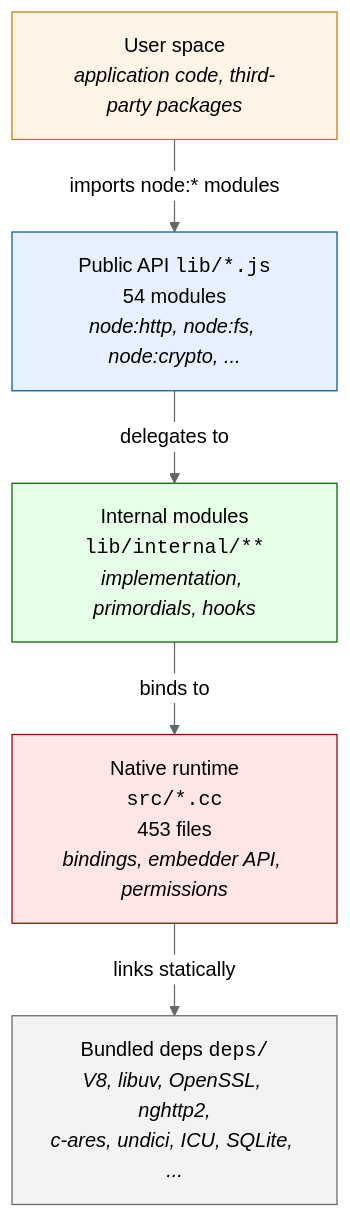
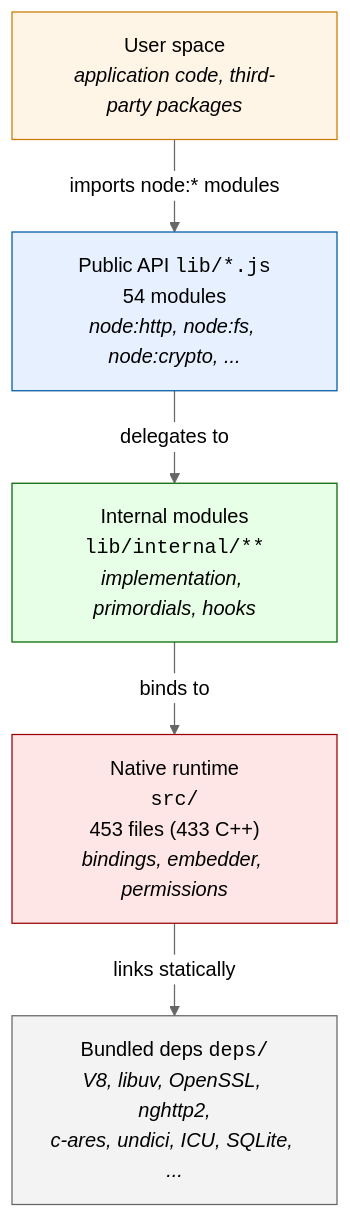
The diagram in Vs_Repo-main/doc/architecture/overview.md (ajitblitzy/Lakshya_Nested_Folder), drawn with Mermaid (neutral theme) before and after one commit. The commit also changed other lines of this file and 6 other files, not shown here.

First line of the commit message:
doc: address QA findings — dep-flag accuracy, workflow attribution, Mermaid render

````diff
--- a/Vs_Repo-main/doc/architecture/overview.md
+++ b/Vs_Repo-main/doc/architecture/overview.md
@@ -24,24 +24,24 @@
 ```mermaid
 flowchart TB
     UserSpace["User space<br/><i>application code, third-party packages</i>"]
     PublicAPI["Public API <code>lib/*.js</code><br/>54 modules<br/><i>node:http, node:fs, node:crypto, ...</i>"]
     Internal["Internal modules<br/><code>lib/internal/**</code><br/><i>implementation, primordials, hooks</i>"]
-    Native["Native runtime<br/><code>src/*.cc</code><br/>453 files<br/><i>bindings, embedder API, permissions</i>"]
+    Native["Native runtime<br/><code>src/</code><br/>453 files (433 C++)<br/><i>bindings, embedder, permissions</i>"]
     Deps["Bundled deps <code>deps/</code><br/><i>V8, libuv, OpenSSL, nghttp2,<br/>c-ares, undici, ICU, SQLite, ...</i>"]
 
     UserSpace -->|imports node:* modules| PublicAPI
     PublicAPI -->|delegates to| Internal
     Internal -->|binds to| Native
     Native -->|links statically| Deps
 
     classDef user fill:#fff5e6,stroke:#cc7a00,color:#000
     classDef pub fill:#e6f0ff,stroke:#0058a3,color:#000
     classDef internal fill:#e6ffe6,stroke:#006600,color:#000
     classDef native fill:#ffe6e6,stroke:#990000,color:#000
     classDef deps fill:#f3f3f3,stroke:#666,color:#000
     class UserSpace user
     class PublicAPI pub
     class Internal internal
     class Native native
     class Deps deps
 ```
````
